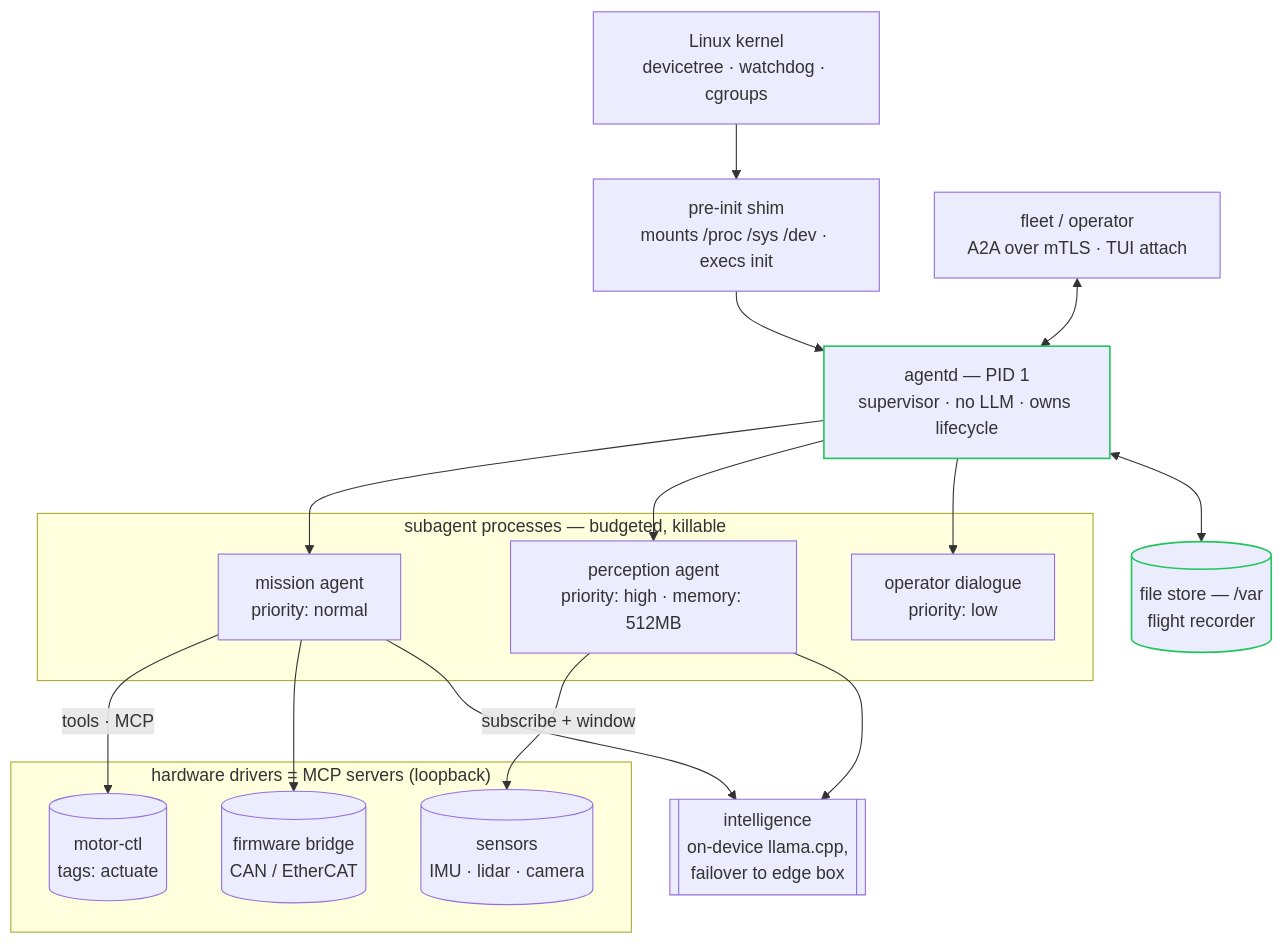
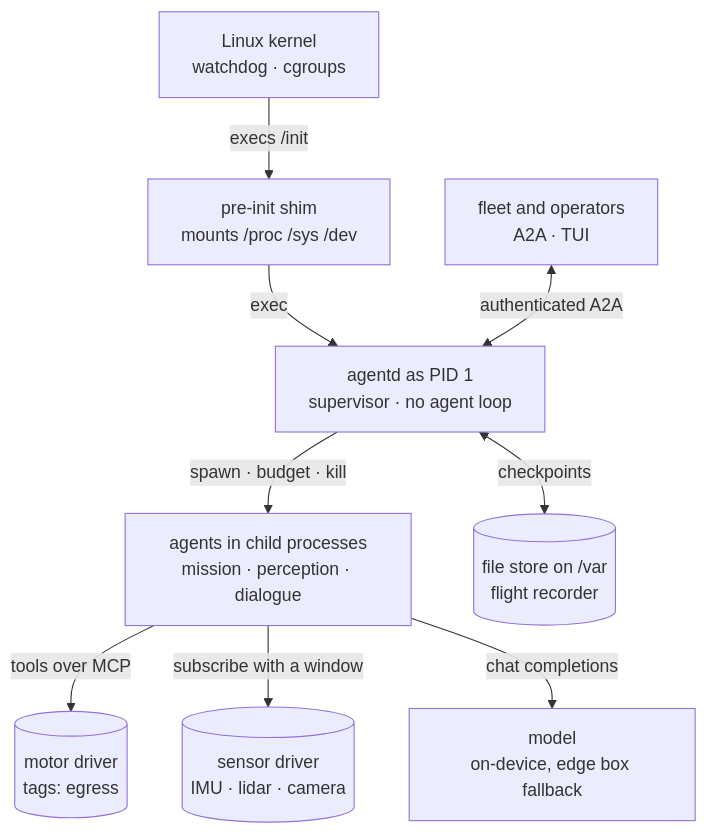
The diagram in docs/pid1.md (agentd-dev/source-code), drawn with Mermaid before and after one commit. The commit also changed other lines of this file and 110 other files, not shown here.

````diff
--- a/docs/pid1.md
+++ b/docs/pid1.md
@@ -80,30 +74,11 @@
 ```mermaid
 flowchart TB
-  kernel["Linux kernel<br/>devicetree · watchdog · cgroups"] --> shim["pre-init shim<br/>mounts /proc /sys /dev · execs init"]
-  shim --> sup["agentd — PID 1<br/>supervisor · no LLM · owns lifecycle"]
-  subgraph agents["subagent processes — budgeted, killable"]
-    plan["mission agent<br/>priority: normal"]
-    percept["perception agent<br/>priority: high · memory: 512MB"]
-    talk["operator dialogue<br/>priority: low"]
-  end
-  sup --> plan
-  sup --> percept
-  sup --> talk
-  subgraph drivers["hardware drivers = MCP servers (loopback)"]
-    motor[("motor-ctl<br/>tags: actuate")]
-    sens[("sensors<br/>IMU · lidar · camera")]
-    fw[("firmware bridge<br/>CAN / EtherCAT")]
-  end
-  plan -->|"tools · MCP"| motor
-  percept -->|"subscribe + window"| sens
-  plan --> fw
-  llm[["intelligence<br/>on-device llama.cpp,<br/>failover to edge box"]]
-  plan --> llm
-  percept --> llm
-  store[("file store — /var<br/>flight recorder")]
-  sup <--> store
-  peer["fleet / operator<br/>A2A over mTLS · TUI attach"] <--> sup
-
-  classDef accent stroke:#22c55e,stroke-width:1.5px;
-  class sup,store accent;
+  KERNEL["Linux kernel<br/>watchdog · cgroups"] -->|"execs /init"| SHIM["pre-init shim<br/>mounts /proc /sys /dev"]
+  SHIM -->|"exec"| SUP["agentd as PID 1<br/>supervisor · no agent loop"]
+  SUP -->|"spawn · budget · kill"| AGENTS["agents in child processes<br/>mission · perception · dialogue"]
+  AGENTS -->|"tools over MCP"| MOTOR[("motor driver<br/>tags: egress")]
+  AGENTS -->|"subscribe with a window"| SENS[("sensor driver<br/>IMU · lidar · camera")]
+  AGENTS -->|"chat completions"| LLM["model<br/>on-device, edge box fallback"]
+  SUP <-->|"checkpoints"| STORE[("file store on /var<br/>flight recorder")]
+  FLEET["fleet and operators<br/>A2A · TUI"] <-->|"authenticated A2A"| SUP
 ```
````
